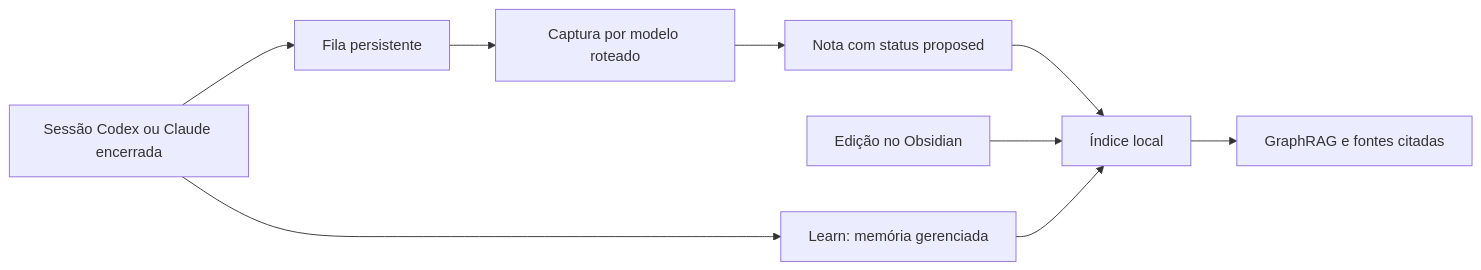
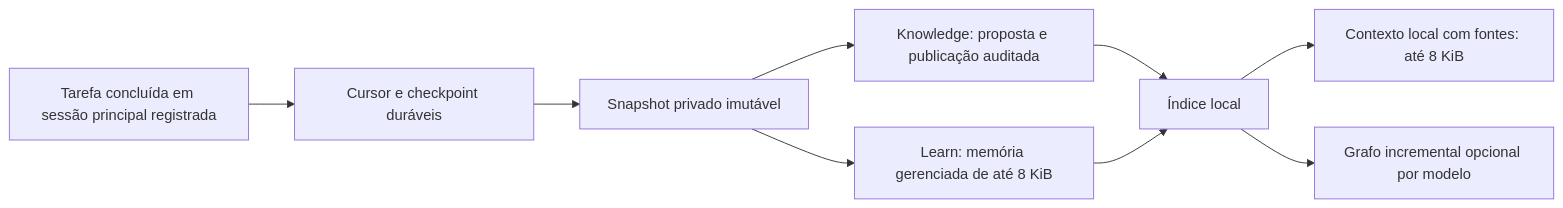
The diagram in docs/knowledge/continuous-learning.md (felipetomelin/mercury), drawn with Mermaid before and after one commit. The commit also changed other lines of this file and 43 other files, not shown here.

````diff
--- a/docs/knowledge/continuous-learning.md
+++ b/docs/knowledge/continuous-learning.md
@@ -7,11 +14,11 @@
 ```mermaid
 flowchart LR
-  A[Sessão Codex ou Claude encerrada] --> B[Fila persistente]
-  B --> C[Captura por modelo roteado]
-  C --> D[Nota com status proposed]
-  D --> E[Índice local]
-  E --> F[GraphRAG e fontes citadas]
-  G[Edição no Obsidian] --> E
-  A --> H[Learn: memória gerenciada]
-  H --> E
+  A[Tarefa concluída em sessão principal registrada] --> B[Cursor e checkpoint duráveis]
+  B --> C[Snapshot privado imutável]
+  C --> D[Learn: memória gerenciada de até 8 KiB]
+  C --> E[Knowledge: proposta e publicação auditada]
+  E --> F[Índice local]
+  D --> F
+  F --> G[Contexto local com fontes: até 8 KiB]
+  F --> H[Grafo incremental opcional por modelo]
 ```
````
